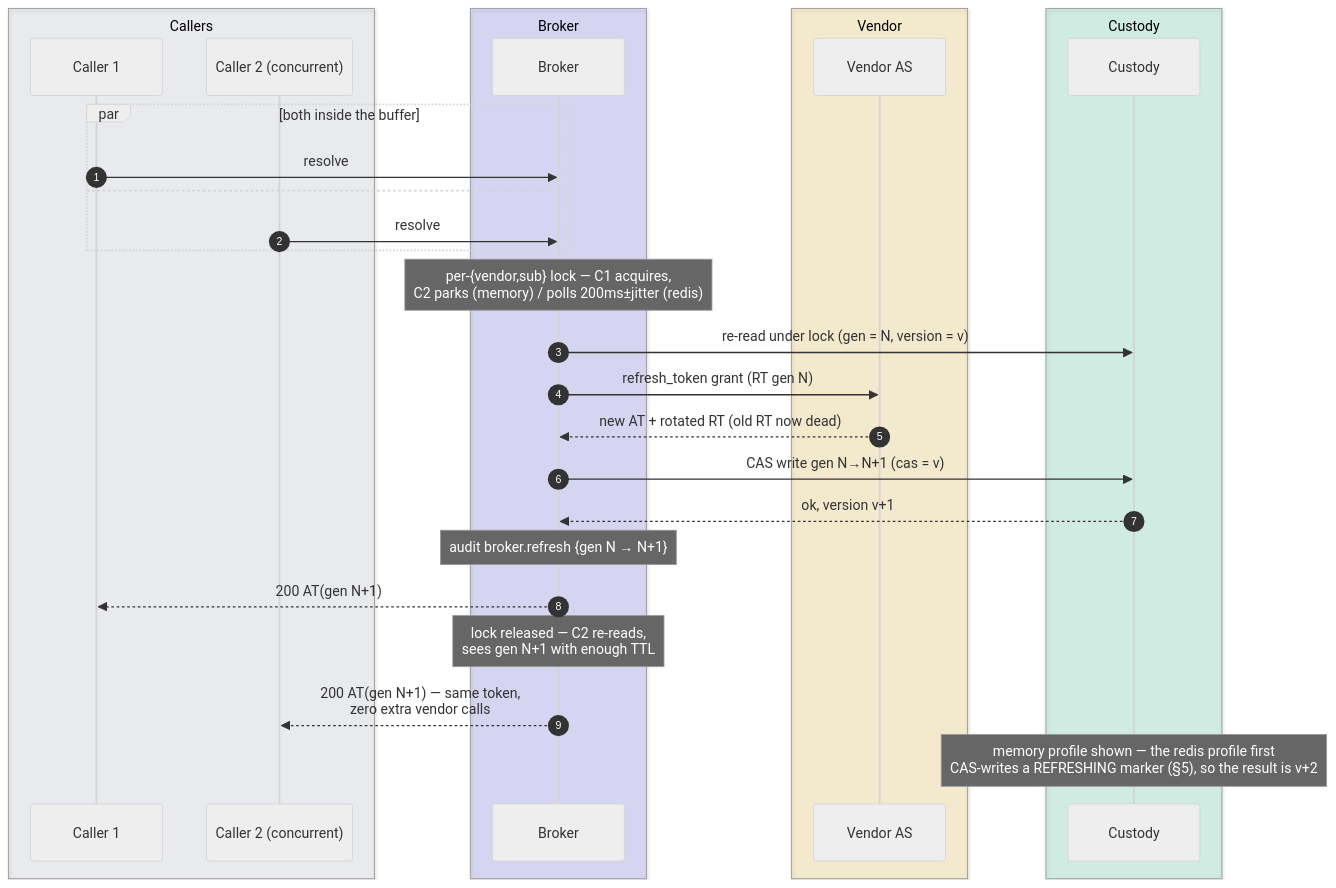
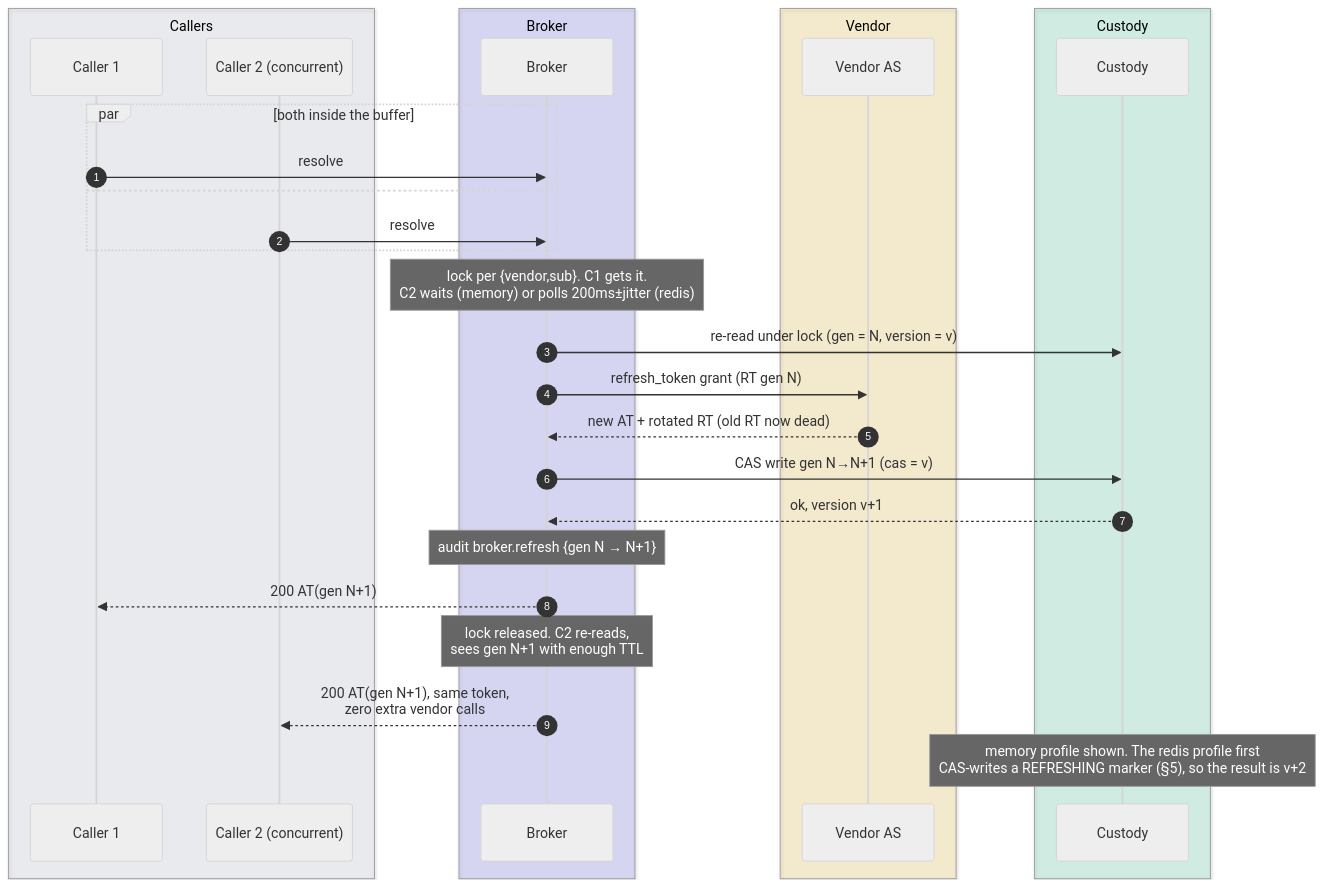
Before and after one commit to chief-builder/vendor-token-broker: the fourth of 10 diagrams in docs/token-lifecycle.md, drawn with Mermaid (neutral theme). The commit also changed other lines of this file and 14 other files, not shown here.

````diff
--- a/docs/token-lifecycle.md
+++ b/docs/token-lifecycle.md
@@ -164,34 +189,34 @@
 ```mermaid
 sequenceDiagram
     autonumber
     box rgba(148,163,184,0.14) Callers
         participant C1 as Caller 1
         participant C2 as Caller 2 (concurrent)
     end
     box rgba(99,102,241,0.20) Broker
         participant B as Broker
     end
     box rgba(234,179,8,0.16) Vendor
         participant V as Vendor AS
     end
     box rgba(16,185,129,0.16) Custody
         participant K as Custody
     end
 
     par both inside the buffer
         C1->>B: resolve
     and
         C2->>B: resolve
     end
-    Note over B: per-{vendor,sub} lock — C1 acquires,<br/>C2 parks (memory) / polls 200ms±jitter (redis)
+    Note over B: lock per {vendor,sub}. C1 gets it.<br/>C2 waits (memory) or polls 200ms±jitter (redis)
     B->>K: re-read under lock (gen = N, version = v)
     B->>V: refresh_token grant (RT gen N)
     V-->>B: new AT + rotated RT (old RT now dead)
     B->>K: CAS write gen N→N+1 (cas = v)
     K-->>B: ok, version v+1
     Note over B: audit broker.refresh {gen N → N+1}
     B-->>C1: 200 AT(gen N+1)
-    Note over B: lock released — C2 re-reads,<br/>sees gen N+1 with enough TTL
-    B-->>C2: 200 AT(gen N+1) — same token,<br/>zero extra vendor calls
-    Note over K: memory profile shown — the redis profile first<br/>CAS-writes a REFRESHING marker (§5), so the result is v+2
+    Note over B: lock released. C2 re-reads,<br/>sees gen N+1 with enough TTL
+    B-->>C2: 200 AT(gen N+1), same token,<br/>zero extra vendor calls
+    Note over K: memory profile shown. The redis profile first<br/>CAS-writes a REFRESHING marker (§5), so the result is v+2
 ```
````
